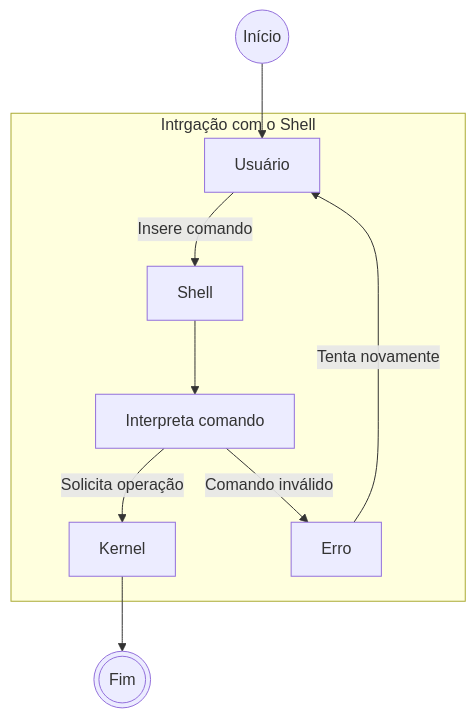
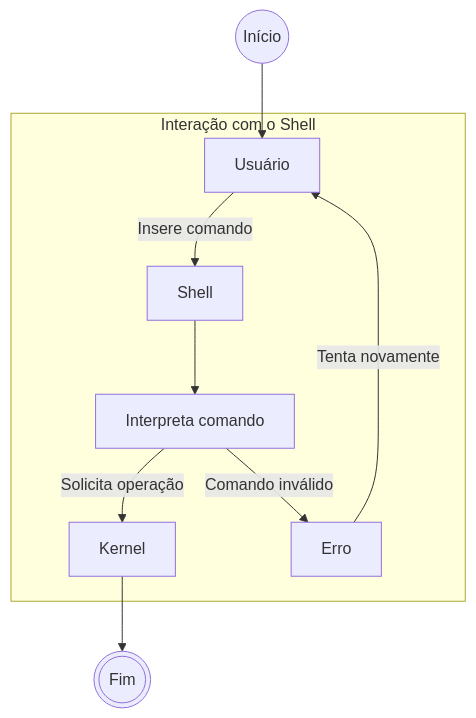
One commit to FelpzzzEX/LecOS changed the second of 2 diagrams in Sistema_Principal/Modulo 2 - Boot/3-Kernel.md. Above: the diagram before and after it, drawn with Mermaid. The commit also changed other lines of this file and 10 other files, not shown here.

````diff
--- a/Sistema_Principal/Modulo 2 - Boot/3-Kernel.md
+++ b/Sistema_Principal/Modulo 2 - Boot/3-Kernel.md
@@ -127,20 +127,20 @@
 ```mermaid
 flowchart TD
   O@{ shape: circle, label: "Início" }
 
   A["Usuário"]
   B["Shell"]
   C["Interpreta comando"]
   D["Kernel"]
   E["Erro"]
 
   O --> A
   A -->|Insere comando| B
-  subgraph shell["Intrgação com o Shell"]
+  subgraph shell["Interação com o Shell"]
     B --> C
     C -->|Solicita operação| D
     C -->|Comando inválido| E
     E -->|Tenta novamente| A
   end
   D --> U@{ shape: dbl-circ, label: "Fim" }
 ```
````
